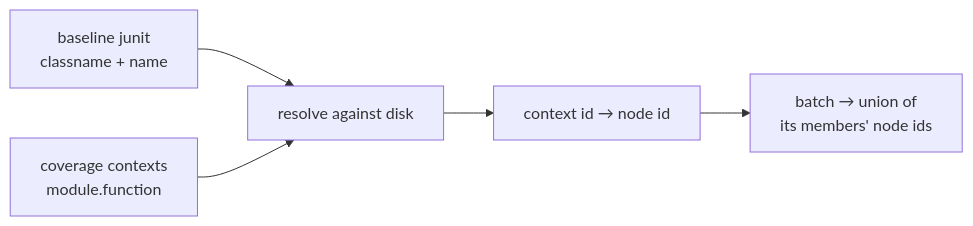
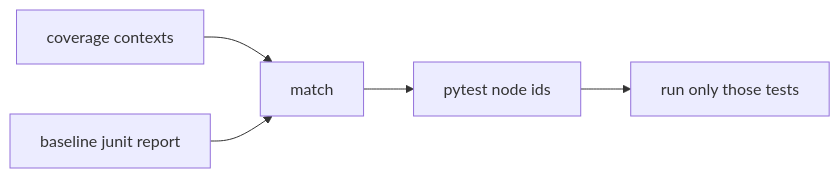
The first of 2 diagrams in docs/02-test-selection.md (kvandeh/Angelo), drawn with Mermaid before and after one commit. The commit also changed other lines of this file and 26 other files, not shown here.

````diff
--- a/docs/02-test-selection.md
+++ b/docs/02-test-selection.md
@@ -29,7 +37,7 @@
 ```mermaid
 flowchart LR
-    A[baseline junit<br/>classname + name] --> C[resolve against disk]
-    B[coverage contexts<br/>module.function] --> C
-    C --> D[context id → node id]
-    D --> E[batch → union of<br/>its members' node ids]
+    A[coverage contexts] --> C[match]
+    B[baseline junit report] --> C
+    C --> D[pytest node ids]
+    D --> E[run only those tests]
 ```
````
